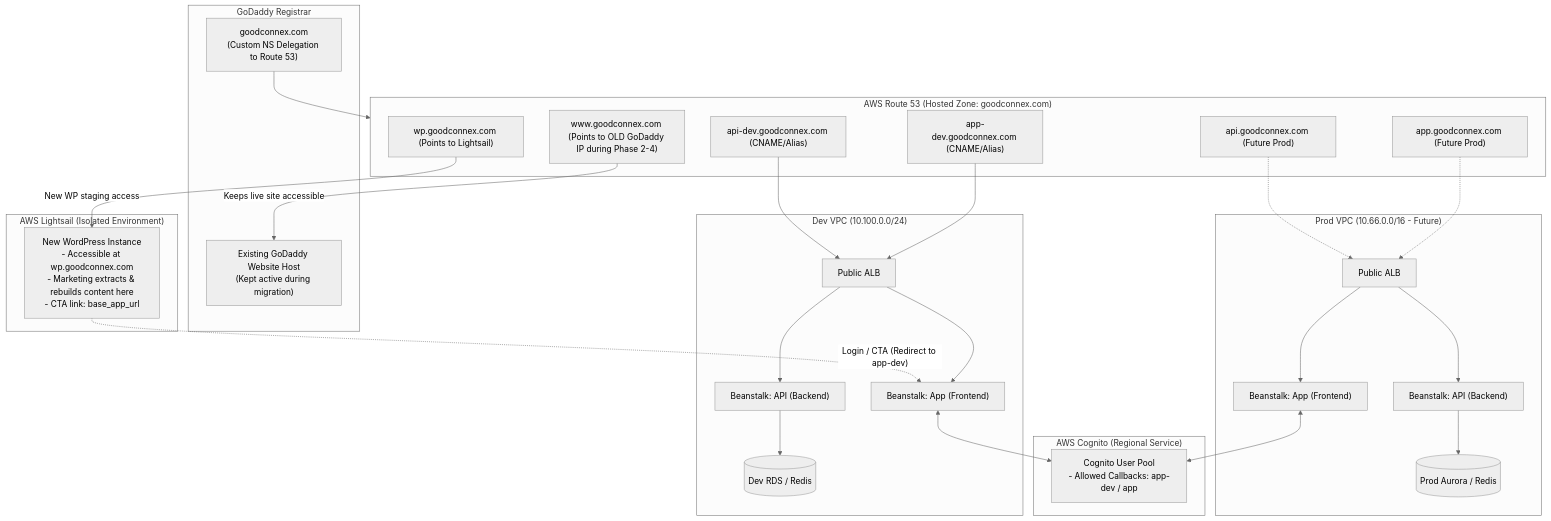
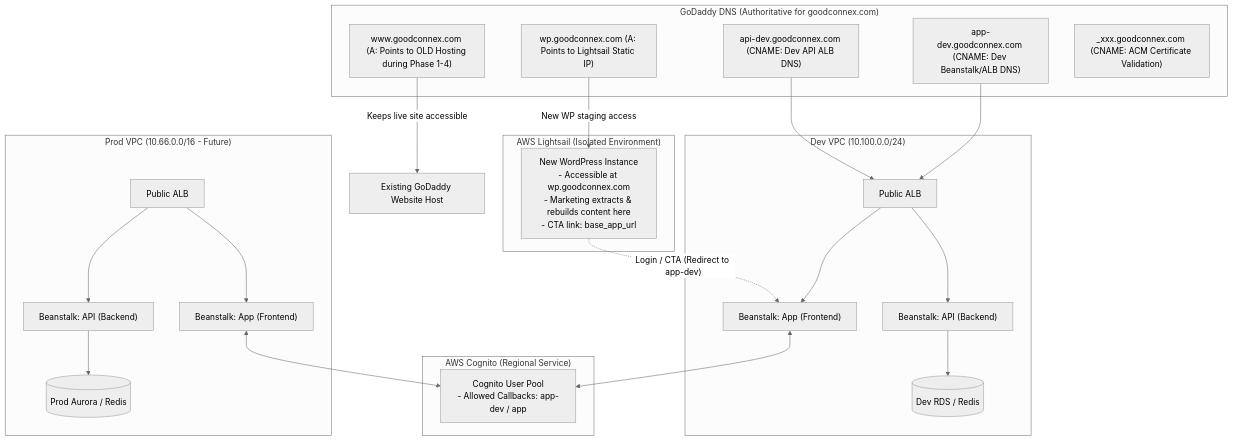
Before and after one commit to pwang009/gc-infra: the diagram in README.WEB.md, drawn with Mermaid (neutral theme). The commit also changed other lines of this file, not shown here.

Commit message:
plan again, no Route 53 now

````diff
--- a/README.WEB.md
+++ b/README.WEB.md
@@ -7,58 +9,49 @@
 ```mermaid
 flowchart TB
-    subgraph Registrar["GoDaddy Registrar"]
-        GD["goodconnex.com<br/>(Custom NS Delegation to Route 53)"]
-        OLD_HOST["Existing GoDaddy Website Host<br/>(Kept active during migration)"]
-    end
-
-    subgraph Route53["AWS Route 53 (Hosted Zone: goodconnex.com)"]
-        R53_WWW["www.goodconnex.com (Points to OLD GoDaddy IP during Phase 2-4)"]
-        R53_WP["wp.goodconnex.com (Points to Lightsail)"]
-        R53_APP_DEV["app-dev.goodconnex.com (CNAME/Alias)"]
-        R53_API_DEV["api-dev.goodconnex.com (CNAME/Alias)"]
-        R53_APP_PROD["app.goodconnex.com (Future Prod)"]
-        R53_API_PROD["api.goodconnex.com (Future Prod)"]
+    subgraph Registrar["GoDaddy DNS (Authoritative for goodconnex.com)"]
+        GD_WWW["www.goodconnex.com (A: Points to OLD Hosting during Phase 1-4)"]
+        GD_WP["wp.goodconnex.com (A: Points to Lightsail Static IP)"]
+        GD_APP_DEV["app-dev.goodconnex.com (CNAME: Dev Beanstalk/ALB DNS)"]
+        GD_API_DEV["api-dev.goodconnex.com (CNAME: Dev API ALB DNS)"]
+        GD_ACM["_xxx.goodconnex.com (CNAME: ACM Certificate Validation)"]
     end
 
     subgraph Lightsail["AWS Lightsail (Isolated Environment)"]
         WP["New WordPress Instance<br/>- Accessible at wp.goodconnex.com<br/>- Marketing extracts & rebuilds content here<br/>- CTA link: base_app_url"]
     end
 
     subgraph Auth["AWS Cognito (Regional Service)"]
         COG["Cognito User Pool<br/>- Allowed Callbacks: app-dev / app"]
     end
 
     subgraph DevVPC["Dev VPC (10.100.0.0/24)"]
         ALB_DEV["Public ALB"]
         EBS_APP_DEV["Beanstalk: App (Frontend)"]
         EBS_API_DEV["Beanstalk: API (Backend)"]
         RDS_DEV[("Dev RDS / Redis")]
         
         ALB_DEV --> EBS_APP_DEV
         ALB_DEV --> EBS_API_DEV
         EBS_API_DEV --> RDS_DEV
     end
 
     subgraph ProdVPC["Prod VPC (10.66.0.0/16 - Future)"]
         ALB_PROD["Public ALB"]
         EBS_APP_PROD["Beanstalk: App (Frontend)"]
         EBS_API_PROD["Beanstalk: API (Backend)"]
         RDS_PROD[("Prod Aurora / Redis")]
 
         ALB_PROD --> EBS_APP_PROD
         ALB_PROD --> EBS_API_PROD
         EBS_API_PROD --> RDS_PROD
     end
 
-    GD --> Route53
-    R53_WWW -->|"Keeps live site accessible"| OLD_HOST
-    R53_WP -->|"New WP staging access"| WP
-    R53_APP_DEV --> ALB_DEV
-    R53_API_DEV --> ALB_DEV
-    R53_APP_PROD -.-> ALB_PROD
-    R53_API_PROD -.-> ALB_PROD
+    GD_WWW -->|"Keeps live site accessible"| OLD_HOST["Existing GoDaddy Website Host"]
+    GD_WP -->|"New WP staging access"| WP
+    GD_APP_DEV --> ALB_DEV
+    GD_API_DEV --> ALB_DEV
 
     WP -.->|"Login / CTA (Redirect to app-dev)"| EBS_APP_DEV
     EBS_APP_DEV <--> COG
     EBS_APP_PROD <--> COG
 ```
````
